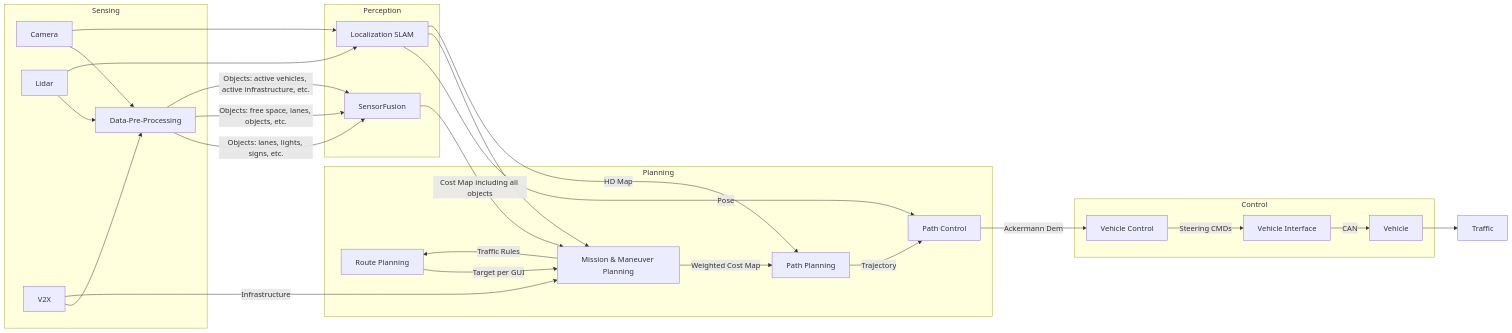
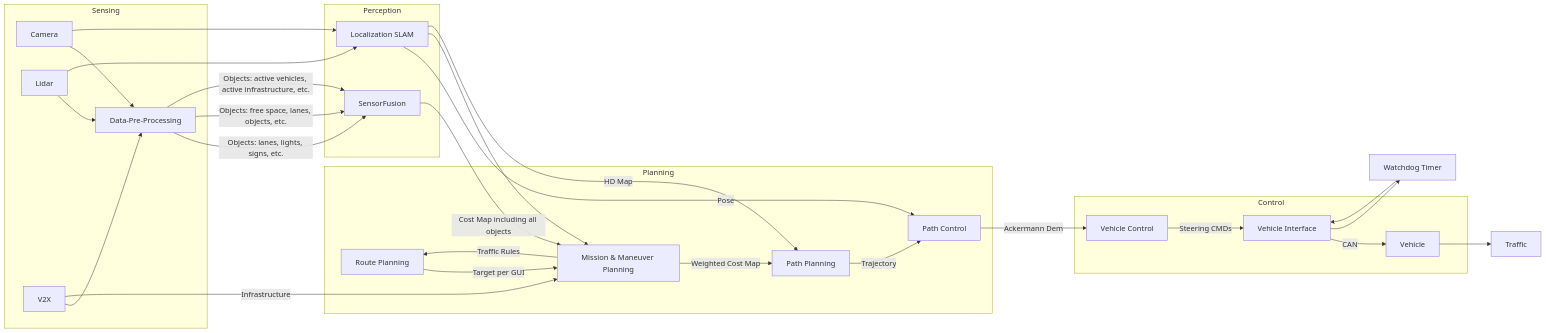
One commit to RUB-AVAI/race-car-buggy-busters changed the second of 2 diagrams in docs/architecture.md. Above: the diagram before and after it, drawn with Mermaid. The commit also changed other lines of this file, not shown here.

Commit message:
add architecture diagram

````diff
--- a/docs/architecture.md
+++ b/docs/architecture.md
@@ -7,41 +53,46 @@
 ``` mermaid
 graph LR
     RoutePlanning[Route Planning] -->|Target per GUI| MissionManeuver[Mission & Maneuver Planning]
 
     subgraph Planning
       MissionManeuver -->|Traffic Rules| RoutePlanning
       MissionManeuver -->|Weighted Cost Map| PathPlanning[Path Planning]
       PathPlanning -->|Trajectory| PathControl[Path Control]
     end
 
     subgraph Control
       PathControl -->|Ackermann Dem| VehicleControl[Vehicle Control]
       VehicleControl -->|Steering CMDs| VehicleInterface[Vehicle Interface]
       VehicleInterface -->|CAN| Vehicle[Vehicle]
-    end 
+    end
+
     Vehicle --> Traffic[Traffic]
+    Watchdog[Watchdog Timer] --> VehicleInterface
+    VehicleInterface --> Watchdog
+  
 
     Localization[Localization SLAM] -->|Pose| PathControl
     Localization --> MissionManeuver
 
     SensorDataProcessor[Data-Pre-Processing] -->|Objects: lanes, lights, signs, etc.| SensorFusion
     SensorDataProcessor -->|Objects: free space, lanes, objects, etc.| SensorFusion
     SensorDataProcessor -->|Objects: active vehicles, active infrastructure, etc.| SensorFusion
     SensorFusion -->|Cost Map including all objects| MissionManeuver
 
     subgraph Perception
       Localization
       SensorFusion
     end
 
     subgraph Sensing
       Camera --> SensorDataProcessor
       Lidar --> SensorDataProcessor
       V2X --> SensorDataProcessor
-    end  
+    end
+      
     Camera --> Localization
     Lidar --> Localization
     V2X --> |Infrastructure| MissionManeuver
     
     Localization -->|HD Map| PathPlanning
 ```
````
